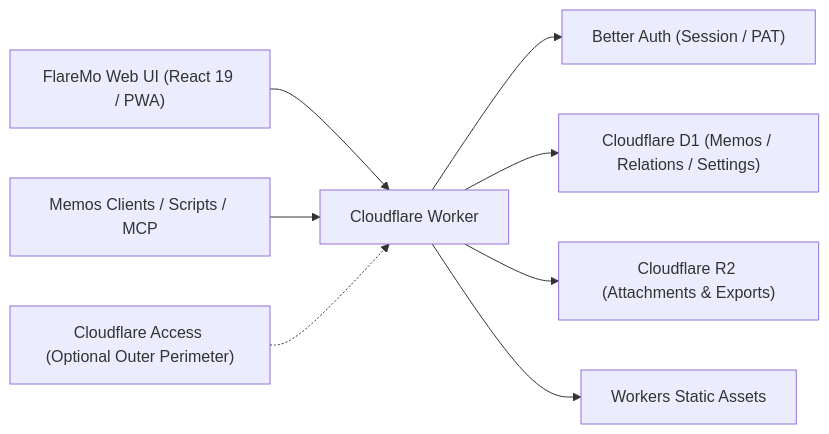
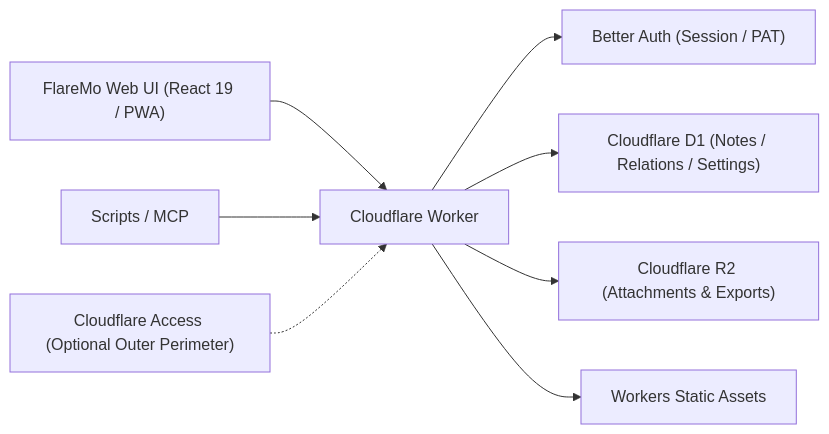
The diagram in README.fr.md (leslieyin/flaremo), drawn with Mermaid before and after one commit. The commit also changed other lines of this file and 271 other files, not shown here.

````diff
--- a/README.fr.md
+++ b/README.fr.md
@@ -196,11 +196,11 @@
 ```mermaid
 flowchart LR
   Browser["FlareMo Web UI (React 19 / PWA)"] --> Worker["Cloudflare Worker"]
-  Clients["Memos Clients / Scripts / MCP"] --> Worker
+  Clients["Scripts / MCP"] --> Worker
 
   Worker --> Auth["Better Auth (Session / PAT)"]
-  Worker --> D1["Cloudflare D1 (Memos / Relations / Settings)"]
+  Worker --> D1["Cloudflare D1 (Notes / Relations / Settings)"]
   Access["Cloudflare Access (Optional Outer Perimeter)"] -.-> Worker
   Worker --> R2["Cloudflare R2 (Attachments & Exports)"]
   Worker --> Assets["Workers Static Assets"]
 ```
````
